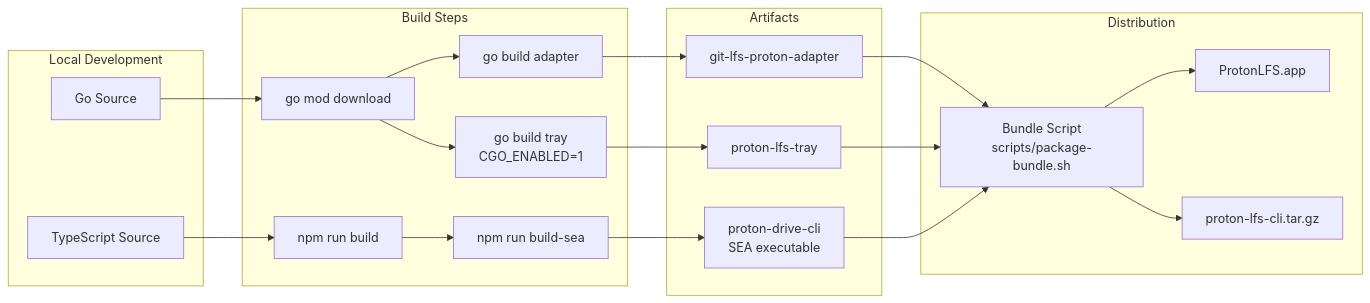
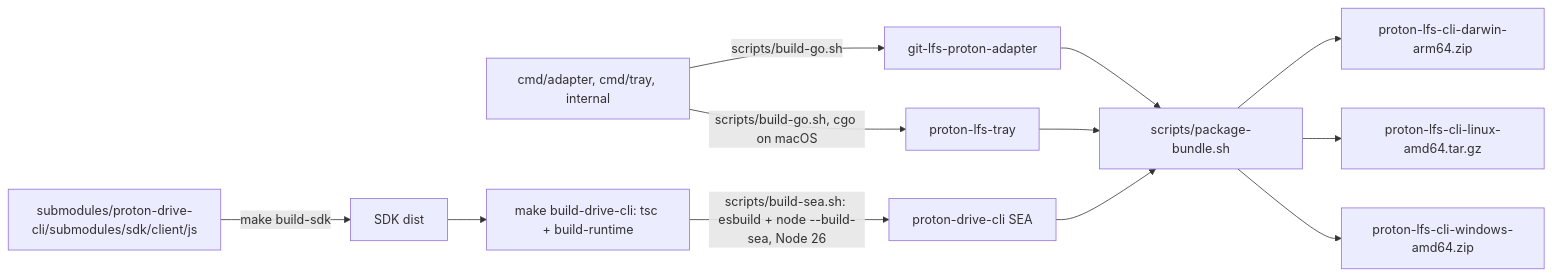
Before and after one commit to SevenOfNine-labs/proton-lfs-cli: the fifth of 5 diagrams in docs/architecture/architecture.md, drawn with Mermaid. The commit also changed other lines of this file and 116 other files, not shown here.

````diff
--- a/docs/architecture/architecture.md
+++ b/docs/architecture/architecture.md
@@ -650,46 +208,14 @@
 ```mermaid
 flowchart LR
-    subgraph "Local Development"
-        SrcGo[Go Source]
-        SrcTS[TypeScript Source]
-    end
-
-    subgraph "Build Steps"
-        GoMod[go mod download]
-        TSBuild[npm run build]
-        SEA[npm run build-sea]
-        GoBuild[go build adapter]
-        TrayBuild[go build tray<br/>CGO_ENABLED=1]
-    end
-
-    subgraph "Artifacts"
-        AdapterBin[git-lfs-proton-adapter]
-        TrayBin[proton-lfs-tray]
-        CLIBin[proton-drive-cli<br/>SEA executable]
-    end
-
-    subgraph "Distribution"
-        Bundle[Bundle Script<br/>scripts/package-bundle.sh]
-        macOSApp[ProtonLFS.app]
-        LinuxTar[proton-lfs-cli.tar.gz]
-    end
-
-    SrcGo --> GoMod
-    SrcTS --> TSBuild
-    TSBuild --> SEA
-
-    GoMod --> GoBuild
-    GoMod --> TrayBuild
-
-    GoBuild --> AdapterBin
-    TrayBuild --> TrayBin
-    SEA --> CLIBin
-
-    AdapterBin --> Bundle
-    TrayBin --> Bundle
-    CLIBin --> Bundle
-
-    Bundle --> macOSApp
-    Bundle --> LinuxTar
-
+    GoSrc[cmd/adapter, cmd/tray, internal] -->|scripts/build-go.sh| AdapterBin[git-lfs-proton-adapter]
+    GoSrc -->|scripts/build-go.sh, cgo on macOS| TrayBin[proton-lfs-tray]
+    SDKSrc[submodules/proton-drive-cli/submodules/sdk/client/js] -->|make build-sdk| SDKDist[SDK dist]
+    SDKDist --> CLIBuild[make build-drive-cli: tsc + build-runtime]
+    CLIBuild -->|scripts/build-sea.sh: esbuild + node --build-sea, Node 26| CLIBin[proton-drive-cli SEA]
+    AdapterBin --> Pack[scripts/package-bundle.sh]
+    TrayBin --> Pack
+    CLIBin --> Pack
+    Pack --> Mac[proton-lfs-cli-darwin-arm64.zip]
+    Pack --> Linux[proton-lfs-cli-linux-amd64.tar.gz]
+    Pack --> Win[proton-lfs-cli-windows-amd64.zip]
 ```
````
